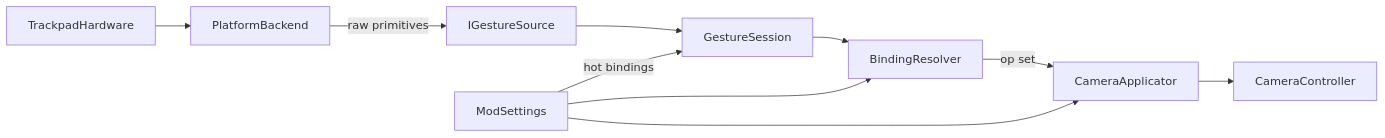
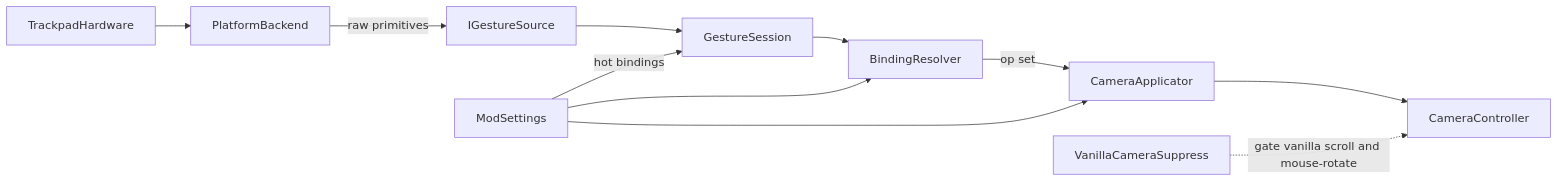
The diagram in docs/features/system-architecture.md (betsalel-williamson/CSL-TrackpadCameraControl), drawn with Mermaid before and after one commit. The commit also changed other lines of this file and 60 other files, not shown here.

````diff
--- a/docs/features/system-architecture.md
+++ b/docs/features/system-architecture.md
@@ -9,21 +9,23 @@
 ```mermaid
 flowchart LR
   trackpad[TrackpadHardware]
   backend[PlatformBackend]
   source[IGestureSource]
   session[GestureSession]
   resolve[BindingResolver]
   apply[CameraApplicator]
   settings[ModSettings]
+  suppress[VanillaCameraSuppress]
   cam[CameraController]
 
   trackpad --> backend
   backend -->|"raw primitives"| source
   source --> session
   session --> resolve
   settings -->|"hot bindings"| session
   settings --> resolve
   settings --> apply
   resolve -->|"op set"| apply
   apply --> cam
+  suppress -.->|"gate vanilla scroll and mouse-rotate"| cam
 ```
````
